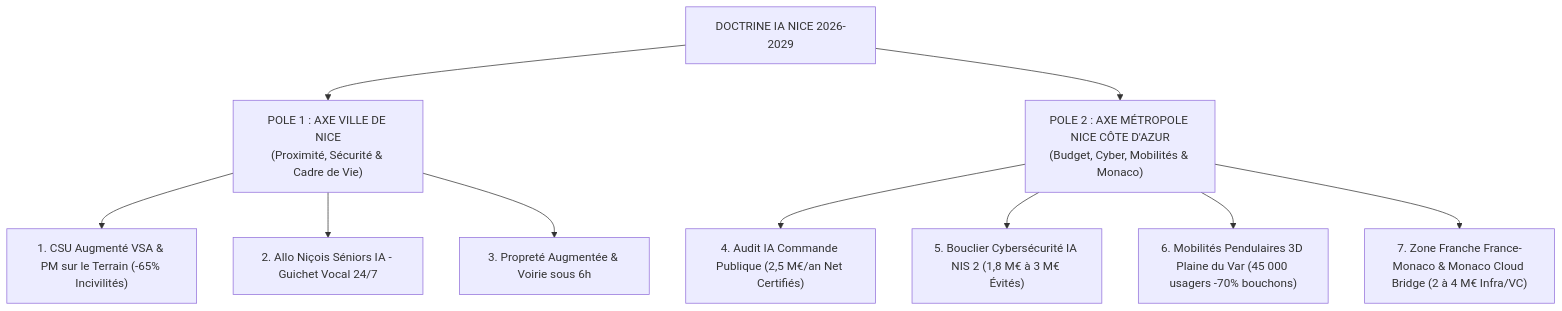
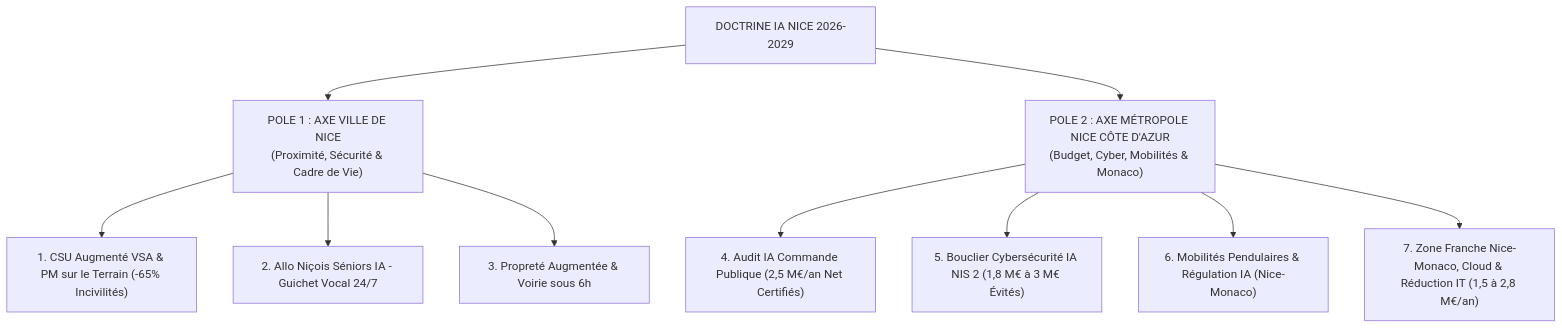
Before and after one commit to benoit-sigwald/arxWeb: the diagram in Note_de_Position_Nice_IA_Ciotti.md, drawn with Mermaid. The commit also changed other lines of this file, not shown here.

Commit message:
docs: align Note_de_Position_Nice_IA_Ciotti.md (sync Einstein)

````diff
--- a/Note_de_Position_Nice_IA_Ciotti.md
+++ b/Note_de_Position_Nice_IA_Ciotti.md
@@ -25,14 +25,14 @@
 ```mermaid
 flowchart TD
     A["DOCTRINE IA NICE 2026-2029"] --> B["POLE 1 : AXE VILLE DE NICE<br/>(Proximité, Sécurité & Cadre de Vie)"]
     A --> C["POLE 2 : AXE MÉTROPOLE NICE CÔTE D'AZUR<br/>(Budget, Cyber, Mobilités & Monaco)"]
 
     B --> B1["1. CSU Augmenté VSA & PM sur le Terrain (-65% Incivilités)"]
     B --> B2["2. Allo Niçois Séniors IA - Guichet Vocal 24/7"]
     B --> B3["3. Propreté Augmentée & Voirie sous 6h"]
 
     C --> C1["4. Audit IA Commande Publique (2,5 M€/an Net Certifiés)"]
     C --> C2["5. Bouclier Cybersécurité IA NIS 2 (1,8 M€ à 3 M€ Évités)"]
-    C --> C3["6. Mobilités Pendulaires 3D Plaine du Var (45 000 usagers -70% bouchons)"]
-    C --> C4["7. Zone Franche France-Monaco & Monaco Cloud Bridge (2 à 4 M€ Infra/VC)"]
+    C --> C3["6. Mobilités Pendulaires & Régulation IA (Nice-Monaco)"]
+    C --> C4["7. Zone Franche Nice-Monaco, Cloud & Réduction IT (1,5 à 2,8 M€/an)"]
 ```
````
